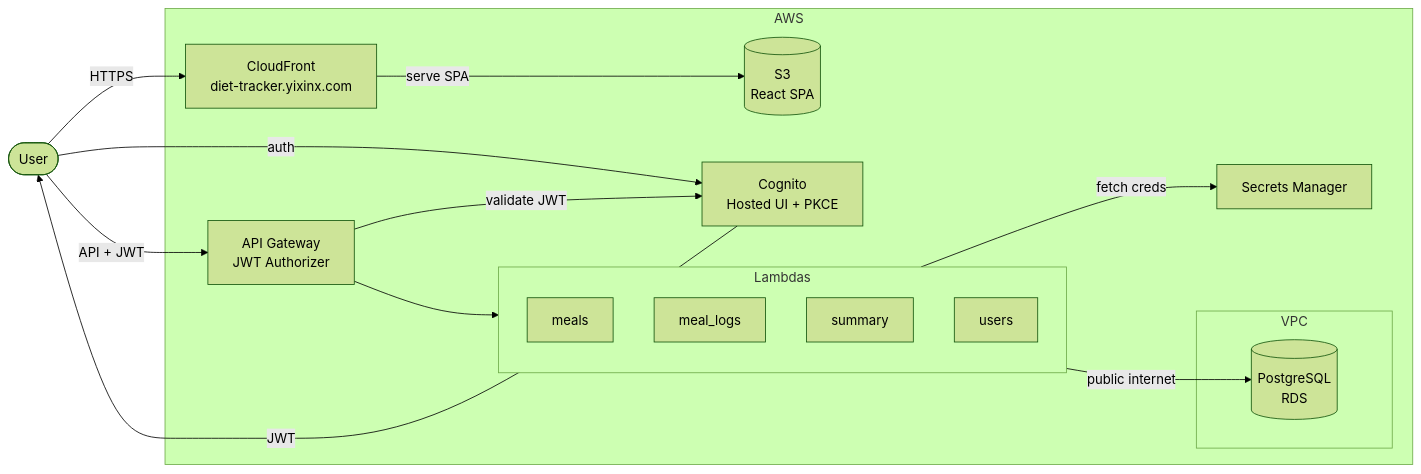
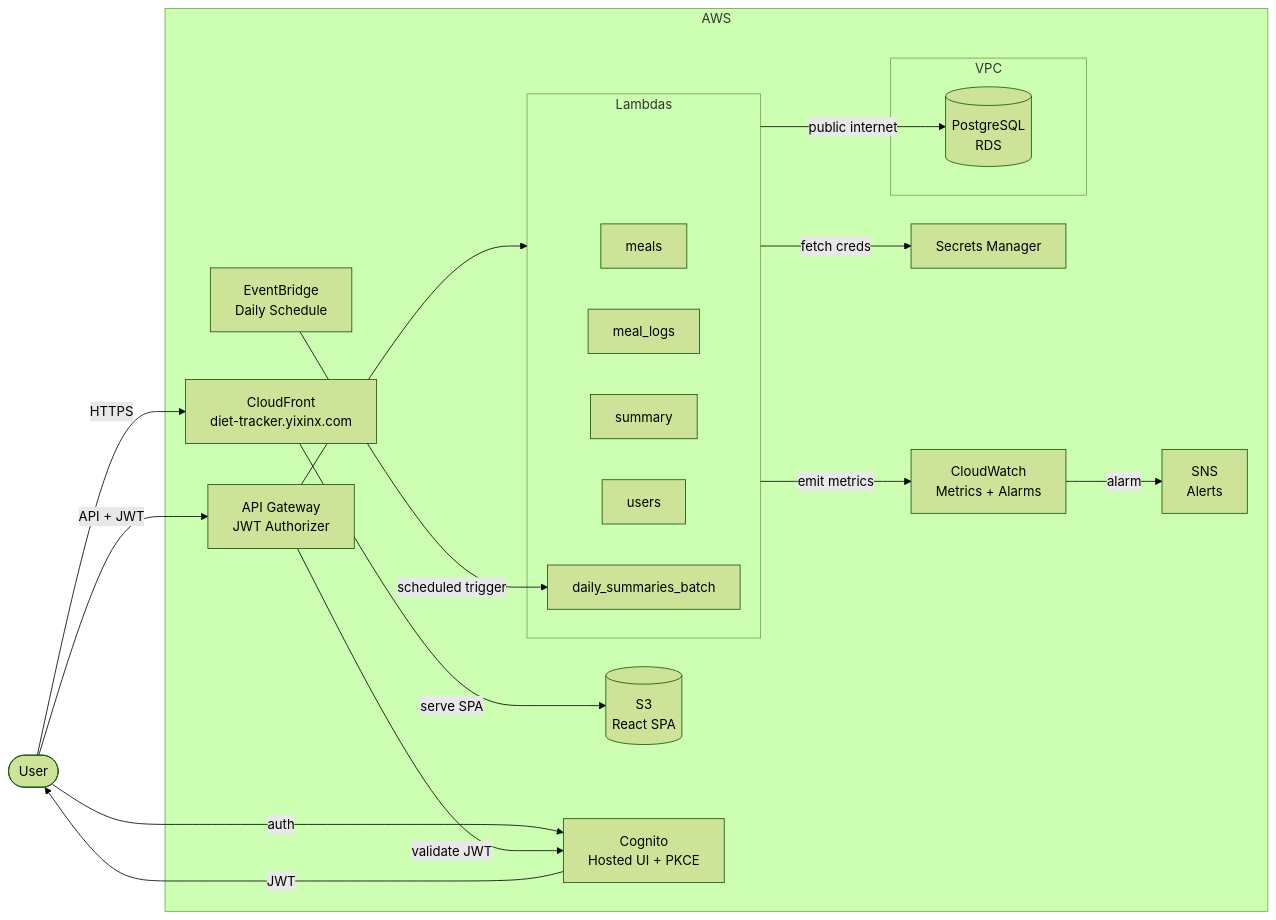
The diagram in ARCHITECTURE.md (yixinxiao7/diet-tracker), drawn with Mermaid (forest theme) before and after one commit. The commit also changed other lines of this file and 1 other file, not shown here.

Commit message:
docs: update README and ARCHITECTURE with CI/CD, observability, and load testing

````diff
--- a/ARCHITECTURE.md
+++ b/ARCHITECTURE.md
@@ -7,33 +7,40 @@
 ```mermaid
 flowchart LR
     User([User])
 
     subgraph AWS
         CF[CloudFront<br>diet-tracker.yixinx.com]
         S3[(S3<br>React SPA)]
         Cognito[Cognito<br>Hosted UI + PKCE]
         APIGW[API Gateway<br>JWT Authorizer]
         SM[Secrets Manager]
+        EB[EventBridge<br>Daily Schedule]
+        CW[CloudWatch<br>Metrics + Alarms]
+        SNS[SNS<br>Alerts]
 
         subgraph Lambdas
             meals[meals]
             meal_logs[meal_logs]
             summary[summary]
             users[users]
+            batch[daily_summaries_batch]
         end
 
         subgraph VPC
             RDS[(PostgreSQL<br>RDS)]
         end
     end
 
     User -->|HTTPS| CF
     CF -->|serve SPA| S3
     User -->|auth| Cognito
     Cognito -->|JWT| User
     User -->|API + JWT| APIGW
     APIGW -->|validate JWT| Cognito
     APIGW --> Lambdas
     Lambdas -->|fetch creds| SM
     Lambdas -->|public internet| RDS
+    Lambdas -->|emit metrics| CW
+    EB -->|scheduled trigger| batch
+    CW -->|alarm| SNS
 ```
````
